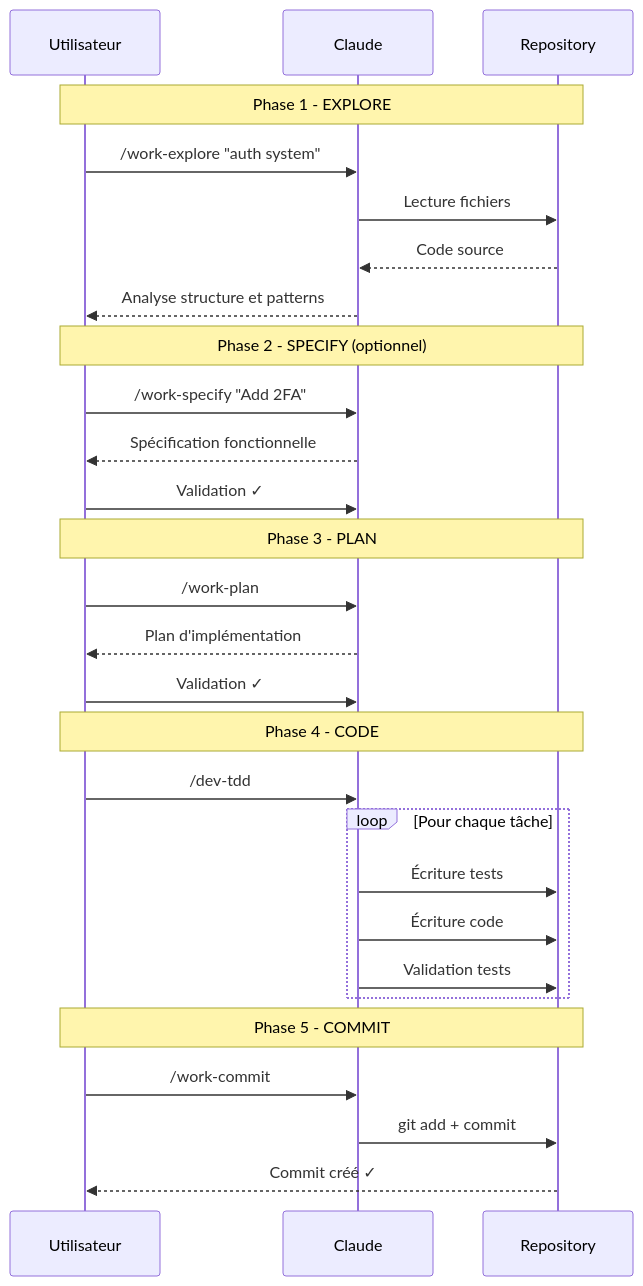
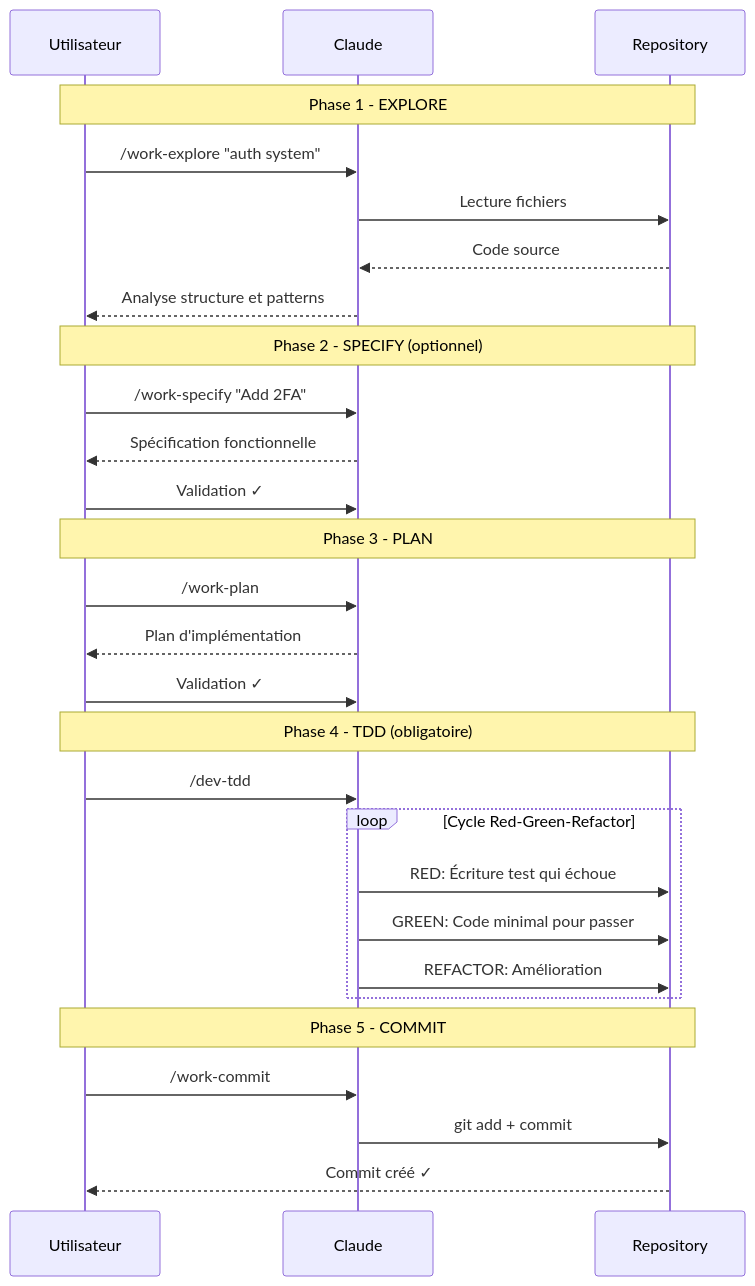
One commit to christopherlouet/claude-base changed the diagram in website/docs/workflow/explore-plan-code-commit.md. Above: the diagram before and after it, drawn with Mermaid. The commit also changed other lines of this file and 12 other files, not shown here.

````diff
--- a/website/docs/workflow/explore-plan-code-commit.md
+++ b/website/docs/workflow/explore-plan-code-commit.md
@@ -17,35 +17,35 @@
 ```mermaid
 sequenceDiagram
     participant U as Utilisateur
     participant C as Claude
     participant R as Repository
 
     Note over U,R: Phase 1 - EXPLORE
     U->>C: /work-explore "auth system"
     C->>R: Lecture fichiers
     R-->>C: Code source
     C-->>U: Analyse structure et patterns
 
     Note over U,R: Phase 2 - SPECIFY (optionnel)
     U->>C: /work-specify "Add 2FA"
     C-->>U: Spécification fonctionnelle
     U->>C: Validation ✓
 
     Note over U,R: Phase 3 - PLAN
     U->>C: /work-plan
     C-->>U: Plan d'implémentation
     U->>C: Validation ✓
 
-    Note over U,R: Phase 4 - CODE
+    Note over U,R: Phase 4 - TDD (obligatoire)
     U->>C: /dev-tdd
-    loop Pour chaque tâche
-        C->>R: Écriture tests
-        C->>R: Écriture code
-        C->>R: Validation tests
+    loop Cycle Red-Green-Refactor
+        C->>R: RED: Écriture test qui échoue
+        C->>R: GREEN: Code minimal pour passer
+        C->>R: REFACTOR: Amélioration
     end
 
     Note over U,R: Phase 5 - COMMIT
     U->>C: /work-commit
     C->>R: git add + commit
     R-->>U: Commit créé ✓
 ```
````
